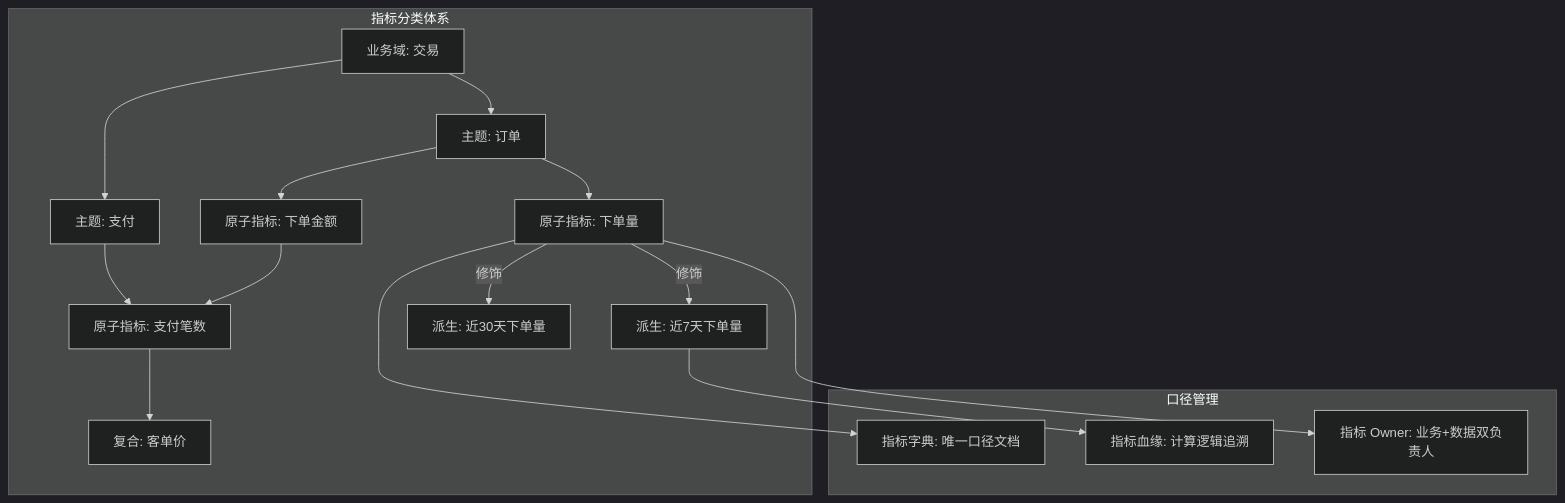
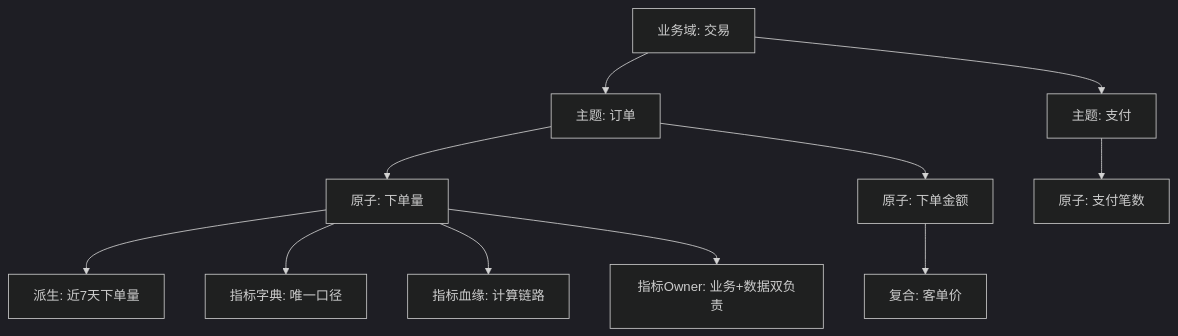
One commit to tghrxxxyyy/knowledge-base changed the first of 3 diagrams in 基础知识/大数据/17-数据服务化与指标管理.md. Above: the diagram before and after it, drawn with Mermaid (dark theme). The commit also changed other lines of this file and 9 other files, not shown here.

````diff
--- a/基础知识/大数据/17-数据服务化与指标管理.md
+++ b/基础知识/大数据/17-数据服务化与指标管理.md
@@ -53,21 +69,13 @@
 ```mermaid
-graph TB
-    subgraph 指标分类体系
-        B[业务域: 交易] --> D1[主题: 订单]
-        B --> D2[主题: 支付]
-        D1 --> M1[原子指标: 下单量]
-        D1 --> M2[原子指标: 下单金额]
-        D2 --> M3[原子指标: 支付笔数]
-        M1 -->|修饰| P1[派生: 近7天下单量]
-        M1 -->|修饰| P2[派生: 近30天下单量]
-        M2 --> M3 --> C1[复合: 客单价]
-    end
-    subgraph 口径管理
-        O1[指标字典: 唯一口径文档]
-        O2[指标血缘: 计算逻辑追溯]
-        O3[指标 Owner: 业务+数据双负责人]
-    end
-    M1 --> O1
-    P1 --> O2
-    M1 --> O3
+flowchart TB
+    B[业务域: 交易] --> D1[主题: 订单]
+    B --> D2[主题: 支付]
+    D1 --> M1[原子: 下单量]
+    D1 --> M2[原子: 下单金额]
+    D2 --> M3[原子: 支付笔数]
+    M1 --> P1[派生: 近7天下单量]
+    M2 --> C1[复合: 客单价]
+    M1 --> O1[指标字典: 唯一口径]
+    M1 --> O2[指标血缘: 计算链路]
+    M1 --> O3[指标Owner: 业务+数据双负责]
 ```
````
